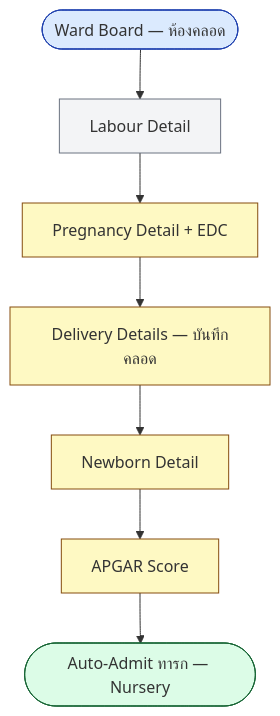
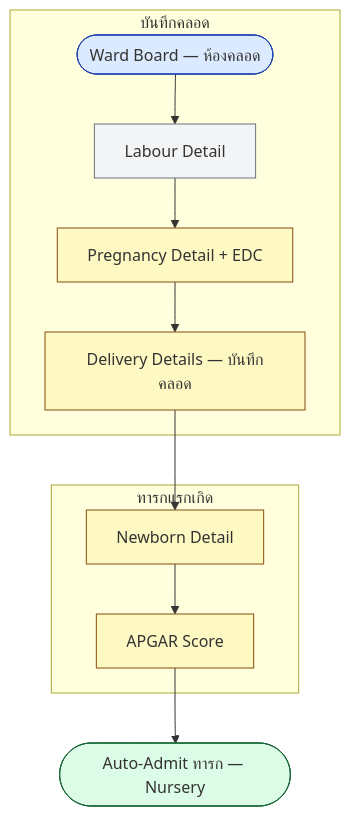
One commit to npnatt12/KMCH-HIS-Wiki changed the diagram in public/charts/labour-and-newborn.mmd. Above: the diagram before and after it, drawn with Mermaid. The commit also changed 80 other files, not shown here.

First line of the commit message:
feat(charts): restructure all flowcharts with subgraph phases for balanced layout

```diff
--- a/public/charts/labour-and-newborn.mmd
+++ b/public/charts/labour-and-newborn.mmd
@@ -1,14 +1,18 @@
 graph TB
-  A([Ward Board — ห้องคลอด]) --> B[Labour Detail]
-  B --> C[Pregnancy Detail + EDC]
-  C --> D[Delivery Details — บันทึกคลอด]
-  D --> E[Newborn Detail]
-  E --> F[APGAR Score]
+  subgraph Labour["บันทึกคลอด"]
+    A([Ward Board — ห้องคลอด]) --> B[Labour Detail]
+    B --> C[Pregnancy Detail + EDC]
+    C --> D[Delivery Details — บันทึกคลอด]
+  end
+  subgraph Newborn["ทารกแรกเกิด"]
+    D --> E[Newborn Detail]
+    E --> F[APGAR Score]
+  end
   F --> G([Auto-Admit ทารก — Nursery])
   style A fill:#dbeafe,stroke:#1e40af
   style B fill:#f3f4f6,stroke:#6b7280
   style C fill:#fef9c3,stroke:#854d0e
   style D fill:#fef9c3,stroke:#854d0e
   style E fill:#fef9c3,stroke:#854d0e
   style F fill:#fef9c3,stroke:#854d0e
   style G fill:#dcfce7,stroke:#166534
```
